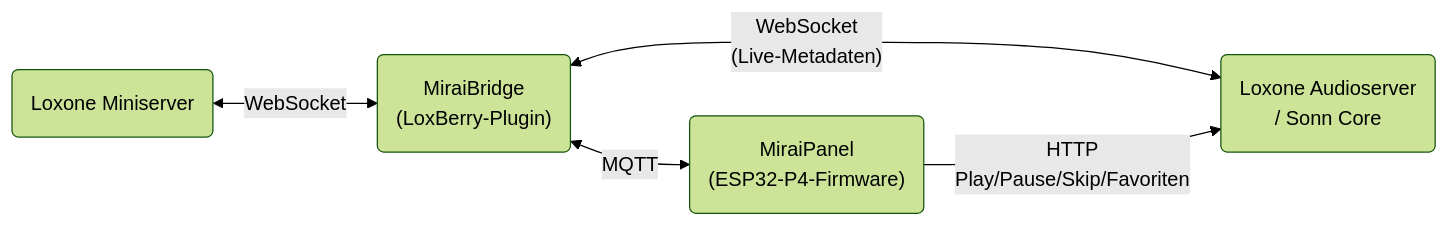
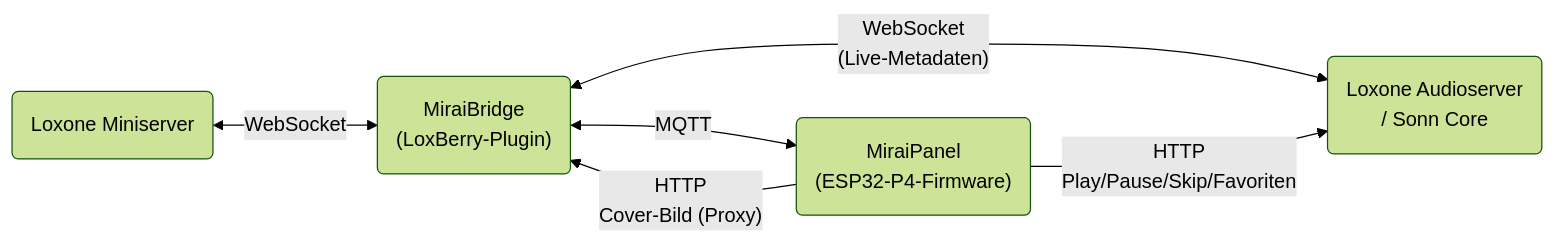
One commit to Holzmusik/MiraiPanel changed the second of 2 diagrams in README.md. Above: the diagram before and after it, drawn with Mermaid (forest theme). The commit also changed other lines of this file, not shown here.

Commit message:
Architektur: Cover-Bild-Proxy der MiraiBridge dokumentieren

````diff
--- a/README.md
+++ b/README.md
@@ -129,7 +129,8 @@
 ```mermaid
 flowchart LR
     MS("Loxone Miniserver") <-->|WebSocket| Bridge("MiraiBridge<br/>(LoxBerry-Plugin)")
     Bridge <-->|MQTT| Panel("MiraiPanel<br/>(ESP32-P4-Firmware)")
     Bridge <-->|"WebSocket<br/>(Live-Metadaten)"| Audio("Loxone Audioserver<br/>/ Sonn Core")
     Panel -->|"HTTP<br/>Play/Pause/Skip/Favoriten"| Audio
+    Panel -->|"HTTP<br/>Cover-Bild (Proxy)"| Bridge
 ```
````
